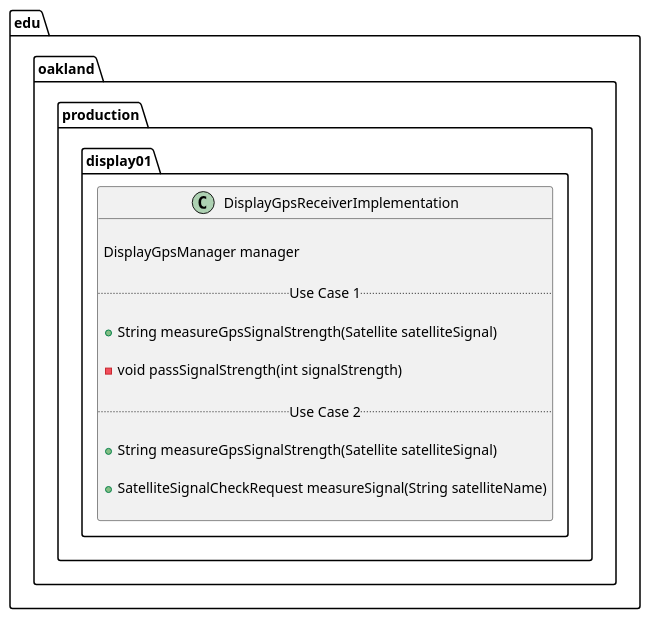
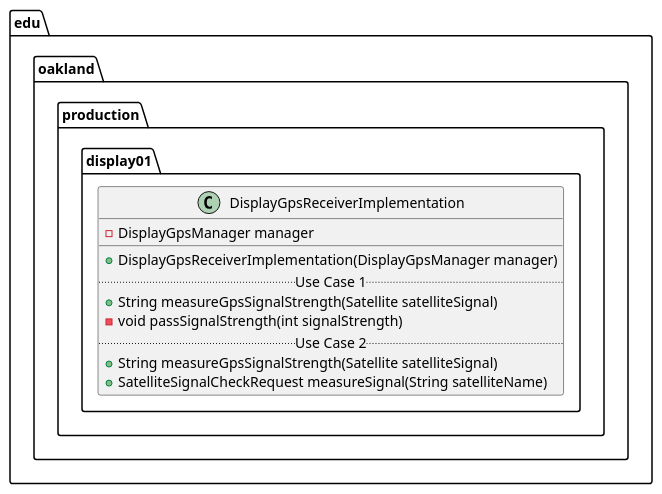
The diagram in docs/uml-class-diagrams/display01/production/DisplayGpsReceiverImplementation/DisplayGpsReceiverImplementation.puml (andrewdimmer/csi-3370-software-project), drawn with PlantUML before and after one commit.

```diff
--- a/docs/uml-class-diagrams/display01/production/DisplayGpsReceiverImplementation/DisplayGpsReceiverImplementation.puml
+++ b/docs/uml-class-diagrams/display01/production/DisplayGpsReceiverImplementation/DisplayGpsReceiverImplementation.puml
@@ -1,23 +1,17 @@
 @startuml DisplayGpsReceiverImplementation
 
 package edu.oakland.production.display01 {
     class DisplayGpsReceiverImplementation {
-        
-        DisplayGpsManager manager
-
+        - DisplayGpsManager manager
+        __
+        + DisplayGpsReceiverImplementation(DisplayGpsManager manager)
         .. Use Case 1 ..
-        
         + String measureGpsSignalStrength(Satellite satelliteSignal)
-        
         - void passSignalStrength(int signalStrength)
-
         .. Use Case 2 ..
-        
         + String measureGpsSignalStrength(Satellite satelliteSignal)
-        
         + SatelliteSignalCheckRequest measureSignal(String satelliteName)
-
     }
 }
 
 @enduml
```
